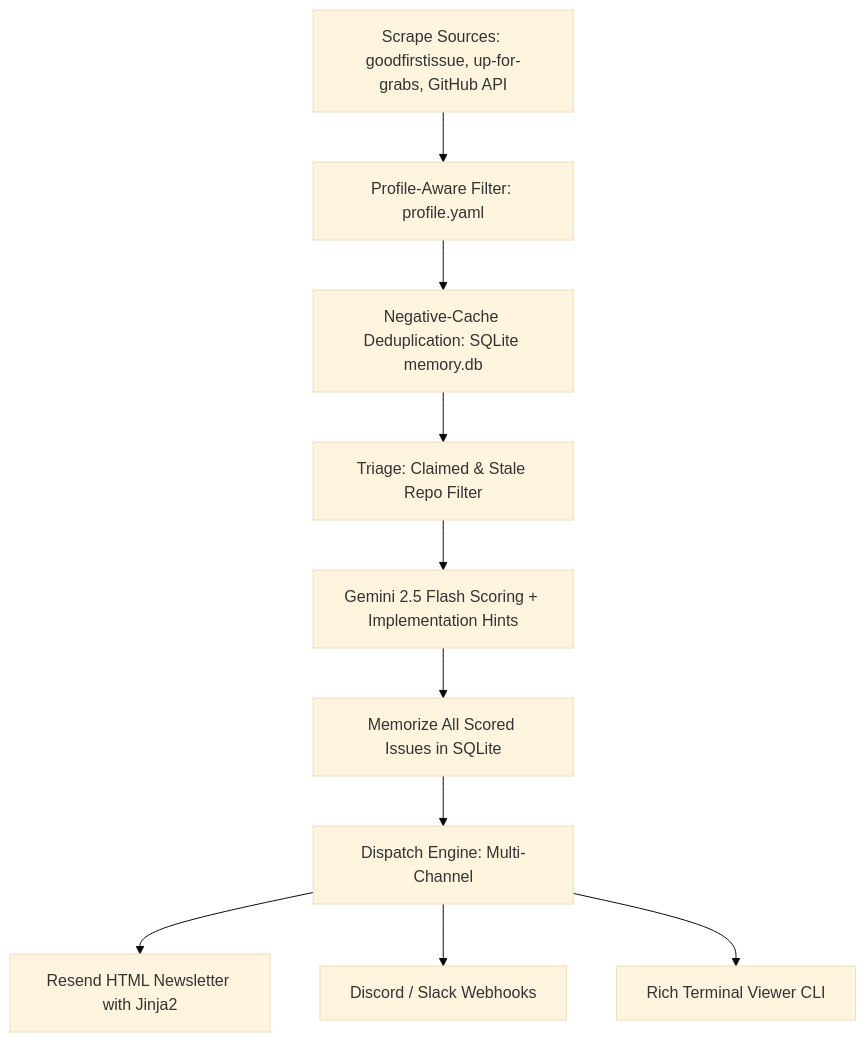
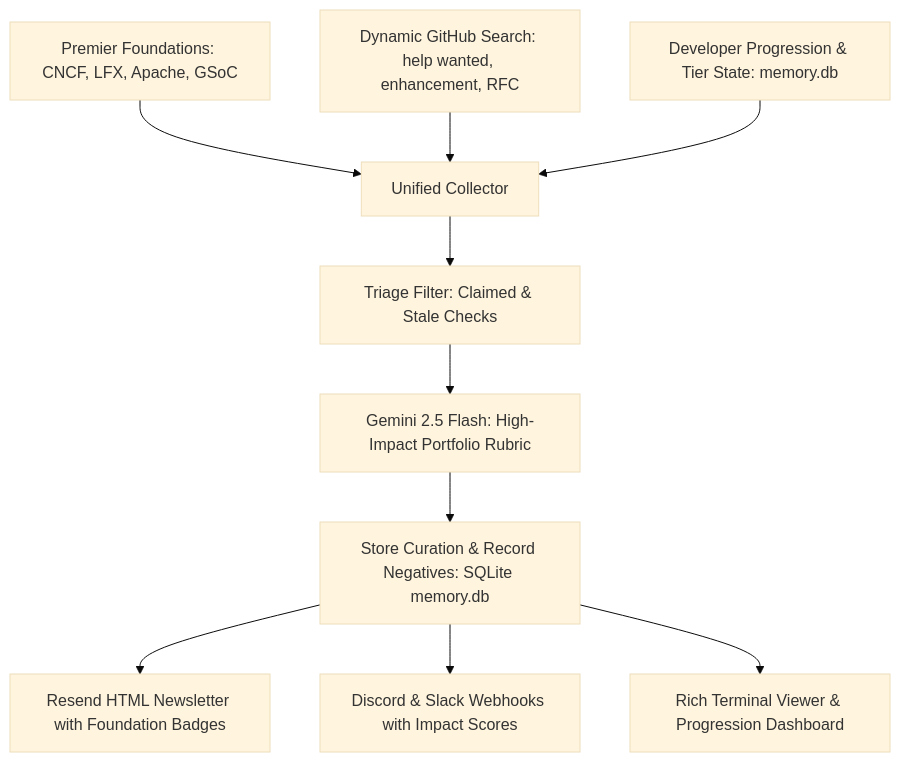
The diagram in README.md (GhananilShirpurkar/IssueHawk), drawn with Mermaid (base theme) before and after one commit. The commit also changed other lines of this file and 17 other files, not shown here.

Commit message:
feat: upgrade to evolving career accelerator with LFX/GSoC foundation registry & progression engine

````diff
--- a/README.md
+++ b/README.md
@@ -33,12 +36,12 @@
 ```mermaid
 graph TD
-    A[Scrape Sources: goodfirstissue, up-for-grabs, GitHub API] --> B[Profile-Aware Filter: profile.yaml]
-    B --> C[Negative-Cache Deduplication: SQLite memory.db]
-    C --> D[Triage: Claimed & Stale Repo Filter]
-    D --> E[Gemini 2.5 Flash Scoring + Implementation Hints]
-    E --> F[Memorize All Scored Issues in SQLite]
-    F --> G[Dispatch Engine: Multi-Channel]
-    G --> H1[Resend HTML Newsletter with Jinja2]
-    G --> H2[Discord / Slack Webhooks]
-    G --> H3[Rich Terminal Viewer CLI]
+    A[Premier Foundations: CNCF, LFX, Apache, GSoC] --> D[Unified Collector]
+    B[Dynamic GitHub Search: help wanted, enhancement, RFC] --> D
+    C[Developer Progression & Tier State: memory.db] --> D
+    D --> E[Triage Filter: Claimed & Stale Checks]
+    E --> F[Gemini 2.5 Flash: High-Impact Portfolio Rubric]
+    F --> G[Store Curation & Record Negatives: SQLite memory.db]
+    G --> H1[Resend HTML Newsletter with Foundation Badges]
+    G --> H2[Discord & Slack Webhooks with Impact Scores]
+    G --> H3[Rich Terminal Viewer & Progression Dashboard]
 ```
````
